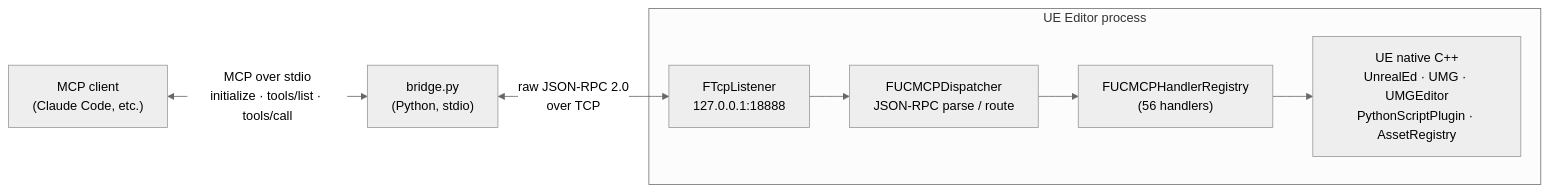
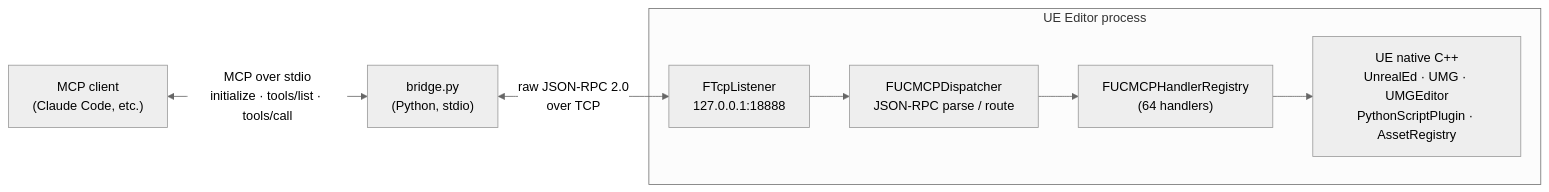
The first of 2 diagrams in docs/ARCHITECTURE.md (daveCode-dot/UnrealClaudeMCP), drawn with Mermaid (neutral theme) before and after one commit. The commit also changed 13 other files, not shown here.

````diff
--- a/docs/ARCHITECTURE.md
+++ b/docs/ARCHITECTURE.md
@@ -5,18 +5,18 @@
 ```mermaid
 flowchart LR
     Client["MCP client<br/>(Claude Code, etc.)"]
     Bridge["bridge.py<br/>(Python, stdio)"]
 
     subgraph UE["UE Editor process"]
         TCP["FTcpListener<br/>127.0.0.1:18888"]
         Disp["FUCMCPDispatcher<br/>JSON-RPC parse / route"]
-        Reg["FUCMCPHandlerRegistry<br/>(56 handlers)"]
+        Reg["FUCMCPHandlerRegistry<br/>(64 handlers)"]
         Native["UE native C++<br/>UnrealEd · UMG · UMGEditor<br/>PythonScriptPlugin · AssetRegistry"]
     end
 
     Client <-->|"MCP over stdio<br/>initialize · tools/list · tools/call"| Bridge
     Bridge <-->|"raw JSON-RPC 2.0<br/>over TCP"| TCP
     TCP --> Disp
     Disp --> Reg
     Reg --> Native
 ```
````
